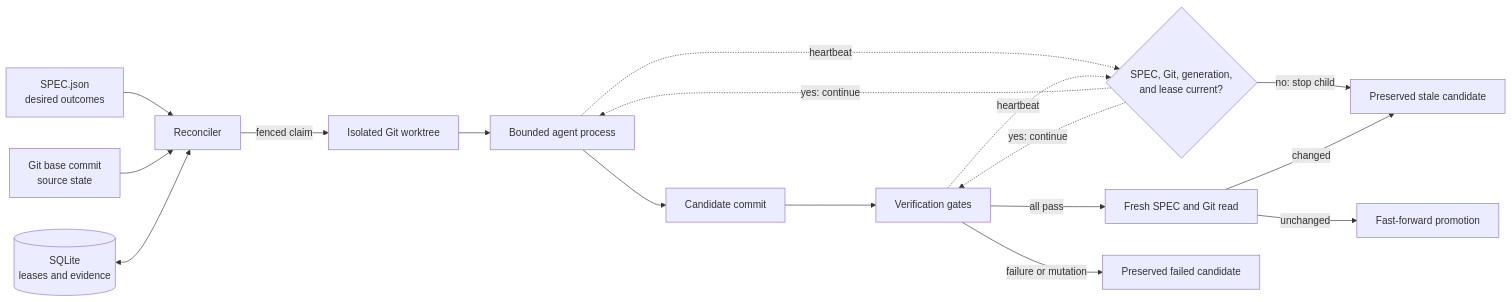
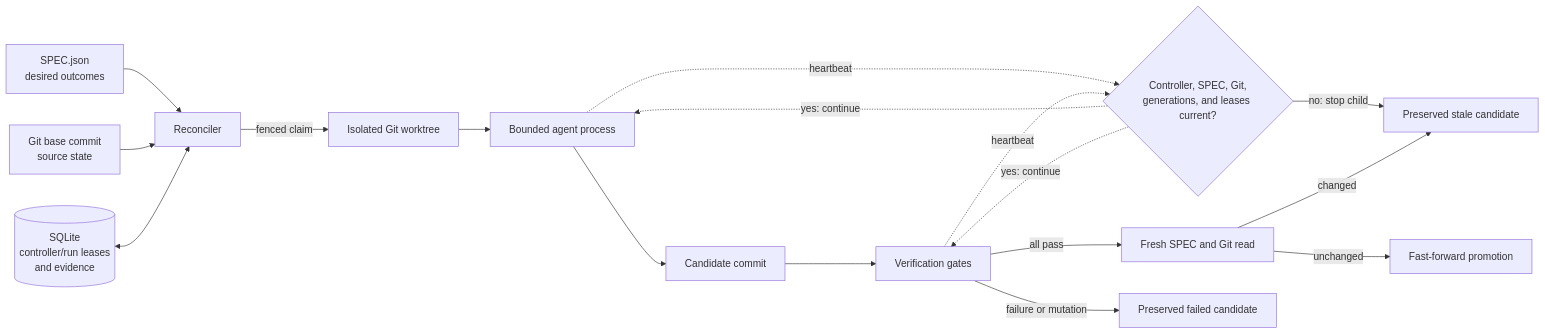
One commit to GhostlyGawd/autobuild changed the diagram in docs/architecture.md. Above: the diagram before and after it, drawn with Mermaid. The commit also changed other lines of this file and 10 other files, not shown here.

Commit message:
autobuild: complete controller-ownership-lease

````diff
--- a/docs/architecture.md
+++ b/docs/architecture.md
@@ -5,19 +5,19 @@
 ```mermaid
 flowchart LR
     S[SPEC.json<br/>desired outcomes] --> R[Reconciler]
     G[Git base commit<br/>source state] --> R
-    D[(SQLite<br/>leases and evidence)] <--> R
+    D[(SQLite<br/>controller/run leases<br/>and evidence)] <--> R
     R -->|fenced claim| W[Isolated Git worktree]
     W --> A[Bounded agent process]
     A --> C[Candidate commit]
     C --> E[Verification gates]
-    A -. heartbeat .-> Q{SPEC, Git, generation,<br/>and lease current?}
+    A -. heartbeat .-> Q{Controller, SPEC, Git,<br/>generations, and leases current?}
     E -. heartbeat .-> Q
     Q -->|no: stop child| H
     Q -. yes: continue .-> A
     Q -. yes: continue .-> E
     E -->|all pass| V[Fresh SPEC and Git read]
     V -->|unchanged| P[Fast-forward promotion]
     V -->|changed| H[Preserved stale candidate]
     E -->|failure or mutation| F[Preserved failed candidate]
 ```
````
